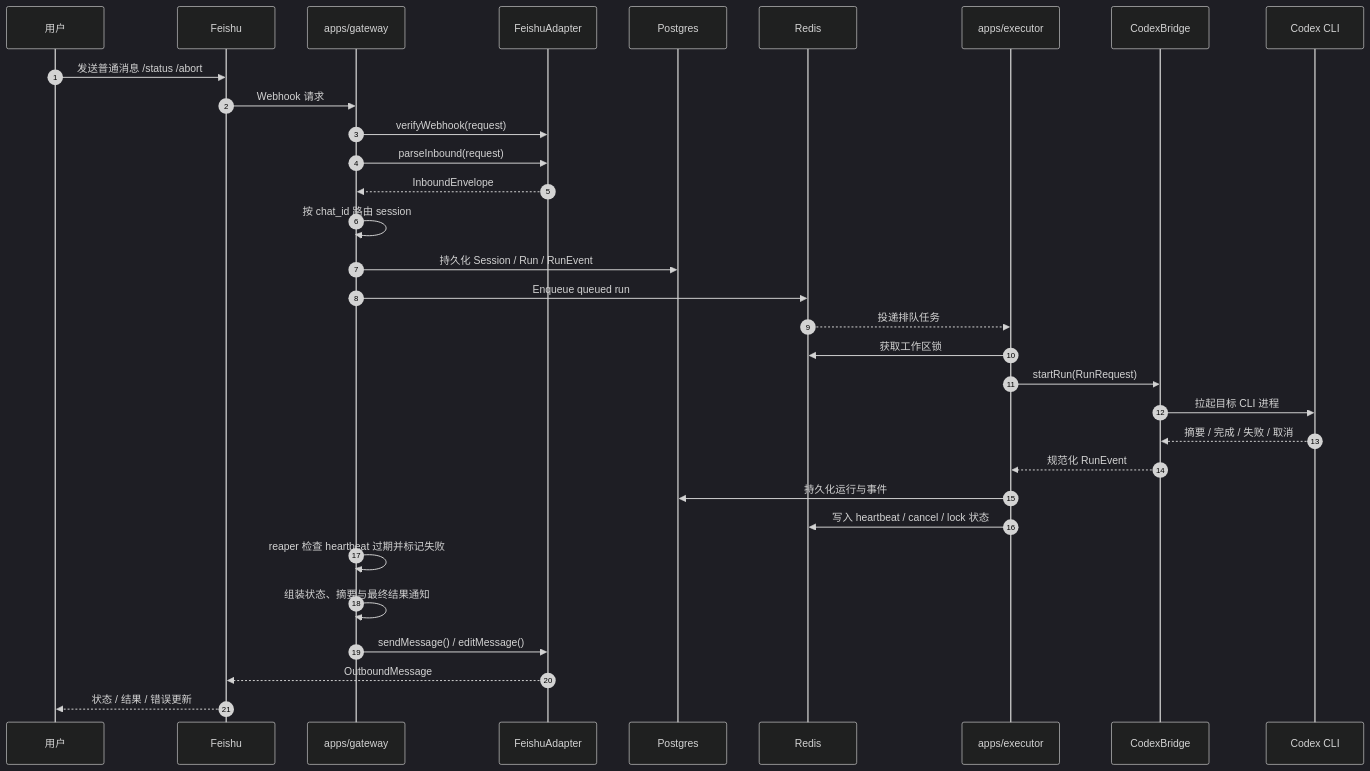
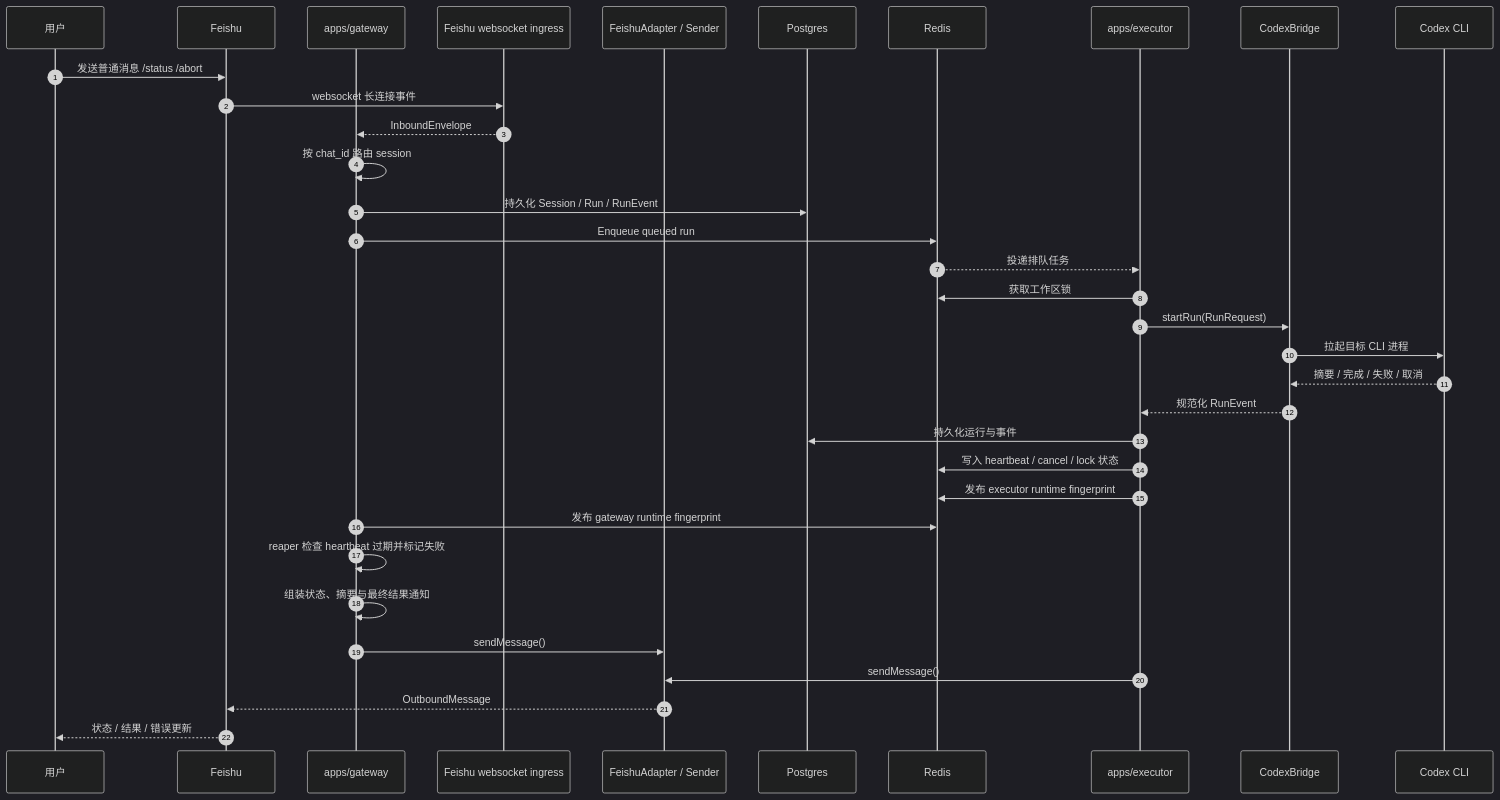
Before and after one commit to pipi-1997/carvis: the second of 2 diagrams in docs/architecture.md, drawn with Mermaid (dark theme). The commit also changed other lines of this file and 69 other files, not shown here.

Commit message:
feat: wire local feishu runtime and reaction feedback

````diff
--- a/docs/architecture.md
+++ b/docs/architecture.md
@@ -76,39 +82,41 @@
 ```mermaid
 sequenceDiagram
     autonumber
     participant U as 用户
     participant C as Feishu
     participant G as apps/gateway
-    participant A as FeishuAdapter
+    participant W as Feishu websocket ingress
+    participant A as FeishuAdapter / Sender
     participant P as Postgres
     participant R as Redis
     participant E as apps/executor
     participant B as CodexBridge
     participant X as Codex CLI
 
     U->>C: 发送普通消息 /status /abort
-    C->>G: Webhook 请求
-    G->>A: verifyWebhook(request)
-    G->>A: parseInbound(request)
-    A-->>G: InboundEnvelope
+    C->>W: websocket 长连接事件
+    W-->>G: InboundEnvelope
 
     G->>G: 按 chat_id 路由 session
     G->>P: 持久化 Session / Run / RunEvent
     G->>R: Enqueue queued run
 
     R-->>E: 投递排队任务
     E->>R: 获取工作区锁
     E->>B: startRun(RunRequest)
     B->>X: 拉起目标 CLI 进程
     X-->>B: 摘要 / 完成 / 失败 / 取消
     B-->>E: 规范化 RunEvent
 
     E->>P: 持久化运行与事件
     E->>R: 写入 heartbeat / cancel / lock 状态
+    E->>R: 发布 executor runtime fingerprint
+    G->>R: 发布 gateway runtime fingerprint
     G->>G: reaper 检查 heartbeat 过期并标记失败
 
     G->>G: 组装状态、摘要与最终结果通知
-    G->>A: sendMessage() / editMessage()
+    G->>A: sendMessage()
+    E->>A: sendMessage()
     A-->>C: OutboundMessage
     C-->>U: 状态 / 结果 / 错误更新
 ```
````
